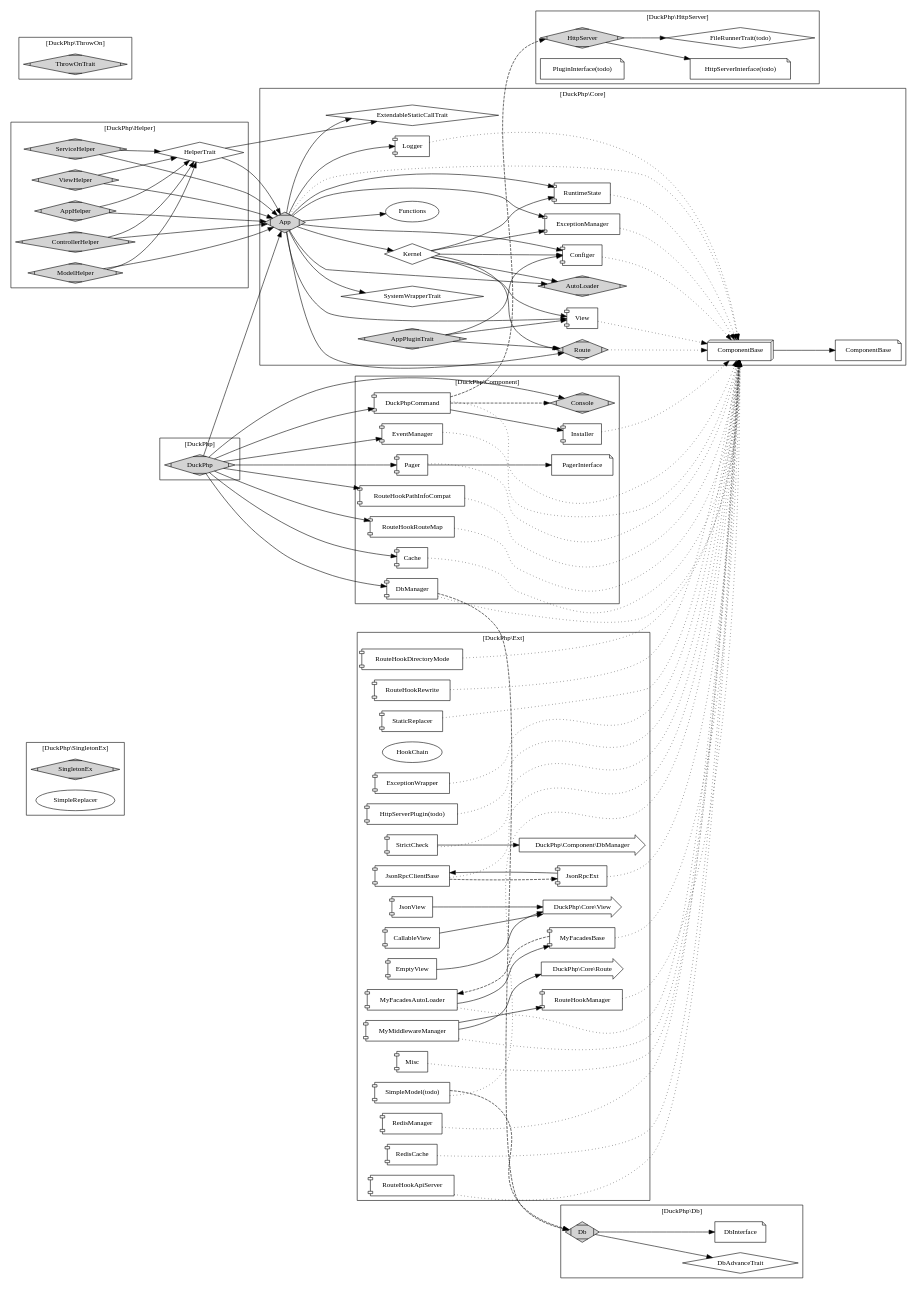
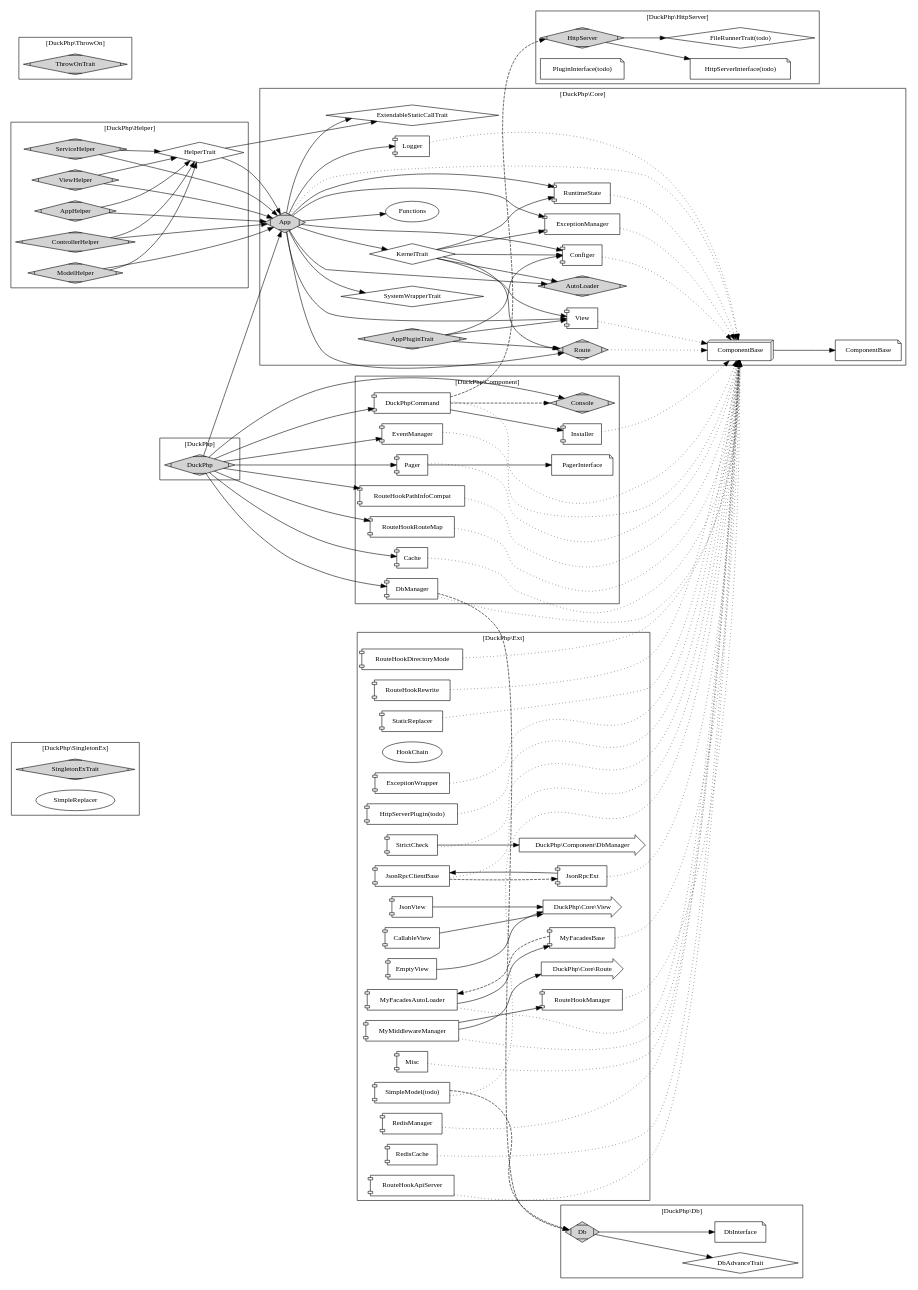
Before and after one commit to dvaknheo/duckphp: the diagram in docs/duckphp.gv, drawn with Graphviz. The commit also changed 34 other files, not shown here.

```diff
--- a/docs/duckphp.gv
+++ b/docs/duckphp.gv
@@ -6,7 +6,7 @@
 subgraph cluster_SingletonEx {
     label = "[DuckPhp\\SingletonEx]";
 
-    SingletonEx [label="SingletonEx";shape=Mdiamond;style=filled];
+    SingletonExTrait [shape=Mdiamond;style=filled];
     SimpleReplacer [label="SimpleReplacer"];
 }
 
@@ -16,7 +16,7 @@
 
     AppPluginTrait [shape=Mdiamond;style=filled];
     App [label="App";shape=Mdiamond;style=filled]; 
-    Kernel [label="Kernel";shape="diamond"];
+    KernelTrait [label="KernelTrait";shape="diamond"];
     AutoLoader [label="AutoLoader";shape=Mdiamond;style=filled];
     ExceptionManager [label="ExceptionManager";shape="component"];
     View [label="View";shape="component"];
@@ -33,14 +33,14 @@
     Functions [label="Functions"];
 
 
-    Kernel -> AutoLoader ;
-    Kernel -> Configer;
-    Kernel -> ExceptionManager;
-    Kernel -> Route;
-    Kernel -> RuntimeState;
-    Kernel -> View;
+    KernelTrait -> AutoLoader ;
+    KernelTrait -> Configer;
+    KernelTrait -> ExceptionManager;
+    KernelTrait -> Route;
+    KernelTrait -> RuntimeState;
+    KernelTrait -> View;
     
-    App -> Kernel;
+    App -> KernelTrait;
     App -> ExtendableStaticCallTrait;
     App -> SystemWrapperTrait;
     
@@ -132,12 +132,6 @@
     PagerInterface [shape=note];
     RouteHookPathInfoCompat[shape="component"];
     RouteHookRouteMap[shape="component"];
-    
-    /*
-    X_HttpServer[label="DuckPhp\\HttpServer\\HttpServer",shape="rarrow"];
-    X_Db[label="DuckPhp\\Db\\Db",shape="rarrow"];
-   */
-   
     Cache -> ComponentBase [style="dotted"];
     DuckPhpCommand -> ComponentBase [style="dotted"];
     DbManager -> ComponentBase [style="dotted"];
```
